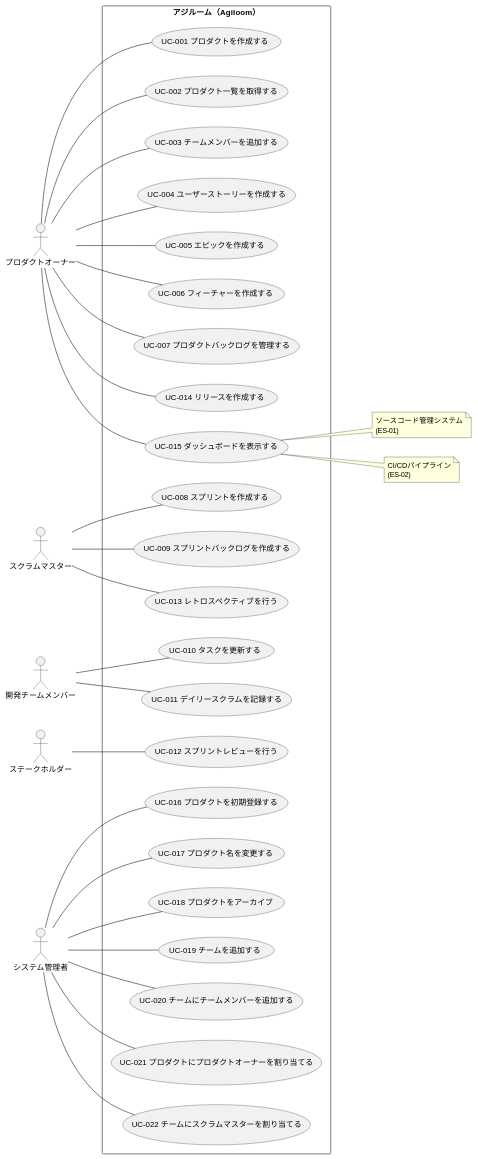
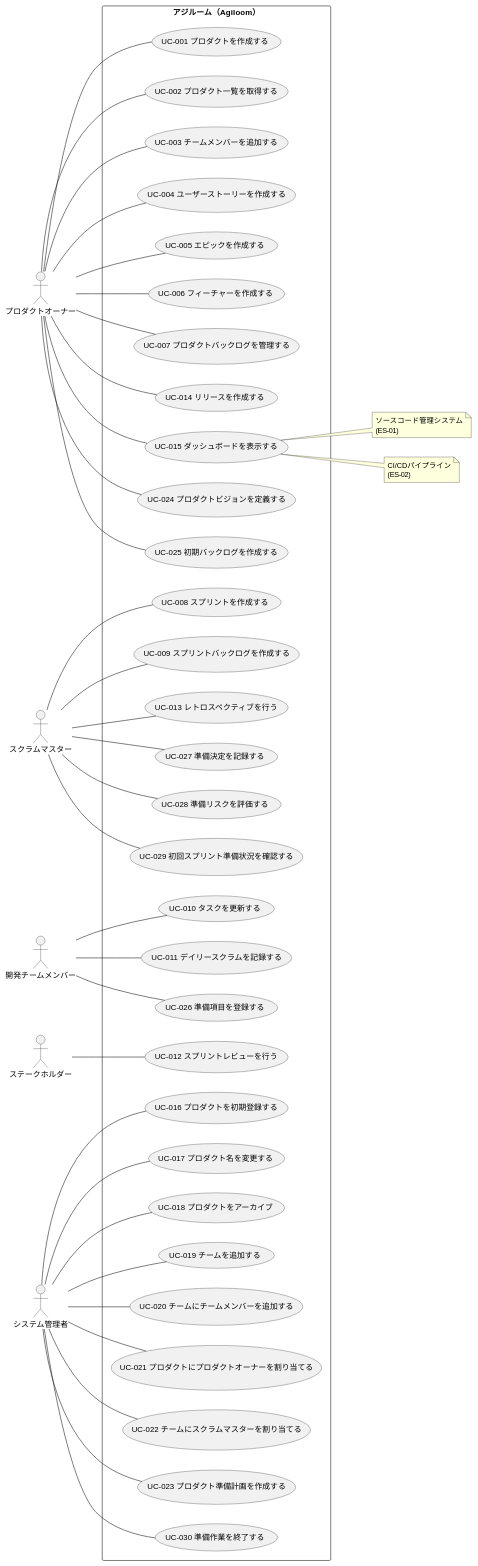
Before and after one commit to mizo432/modulith-learning: the diagram in docs/12 RDRA モデル/06 機能要件/AG アジルーム/03.システム境界/03.ユースケース/03.ユースケース図.md, drawn with PlantUML. The commit also changed other lines of this file and 7 other files, not shown here.

```diff
--- a/docs/12 RDRA モデル/06 機能要件/AG アジルーム/03.システム境界/03.ユースケース/03.ユースケース図.md
+++ b/docs/12 RDRA モデル/06 機能要件/AG アジルーム/03.システム境界/03.ユースケース/03.ユースケース図.md
@@ -37,6 +37,15 @@
   usecase "UC-020 チームにチームメンバーを追加する" as UC020
   usecase "UC-021 プロダクトにプロダクトオーナーを割り当てる" as UC021
   usecase "UC-022 チームにスクラムマスターを割り当てる" as UC022
+  
+  usecase "UC-023 プロダクト準備計画を作成する" as UC023
+  usecase "UC-024 プロダクトビジョンを定義する" as UC024
+  usecase "UC-025 初期バックログを作成する" as UC025
+  usecase "UC-026 準備項目を登録する" as UC026
+  usecase "UC-027 準備決定を記録する" as UC027
+  usecase "UC-028 準備リスクを評価する" as UC028
+  usecase "UC-029 初回スプリント準備状況を確認する" as UC029
+  usecase "UC-030 準備作業を終了する" as UC030
 }
 
 note "ソースコード管理システム\n(ES-01)" as es1
@@ -69,6 +78,18 @@
 admin -- UC021
 admin -- UC022
 
+admin -- UC023
+admin -- UC030
+
+po -- UC024
+po -- UC025
+
+dev -- UC026
+
+sm -- UC027
+sm -- UC028
+sm -- UC029
+
 UC015 ..> es1 : 連携
 UC015 ..> es2 : 連携
 
```
